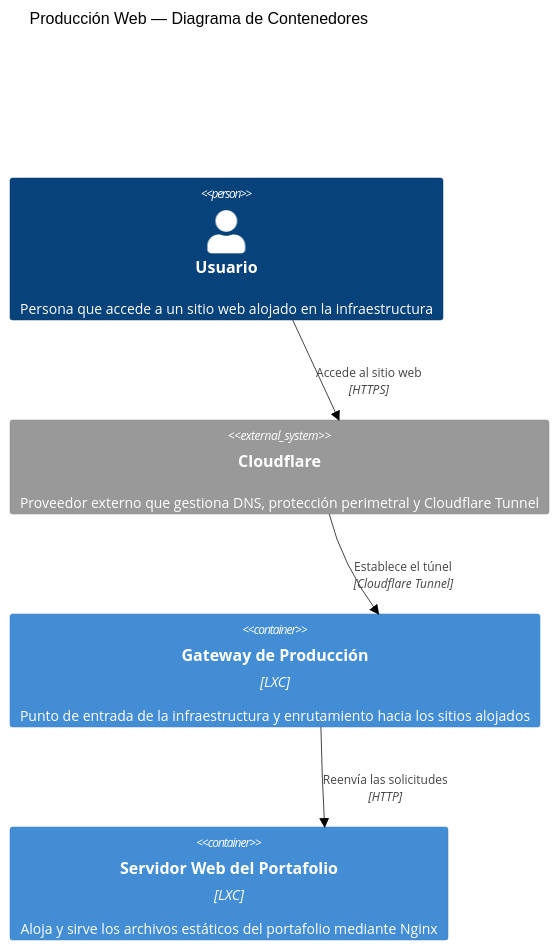
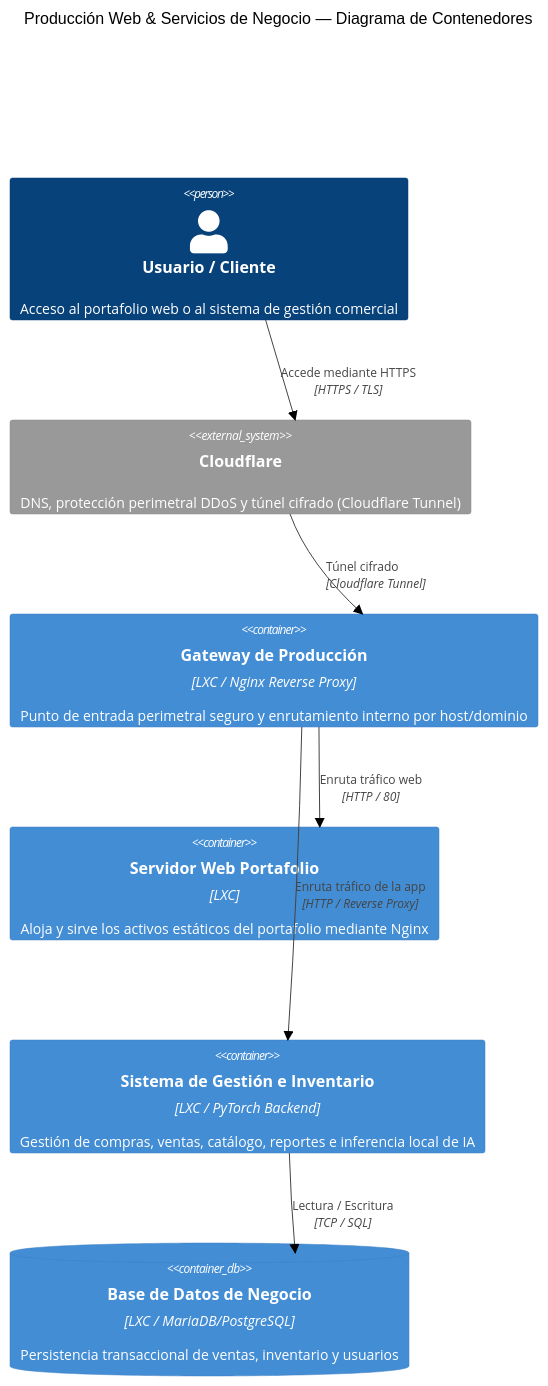
One commit to k3r44/portafolioweb changed the diagram in files/diagrams/produccion_web.mmd. Above: the diagram before and after it, drawn with Mermaid (forest theme). The commit also changed 1 other file, not shown here.

```diff
--- a/files/diagrams/produccion_web.mmd
+++ b/files/diagrams/produccion_web.mmd
@@ -1,16 +1,22 @@
 C4Container
-    title Producción Web — Diagrama de Contenedores
+    title Producción Web & Servicios de Negocio — Diagrama de Contenedores
 
     UpdateLayoutConfig($c4ShapeInRow="1", $c4BoundaryInRow="1")
 
-    Person(usuario, "Usuario", "Persona que accede a un sitio web alojado en la infraestructura")
+    Person(usuario, "Usuario / Cliente", "Acceso al portafolio web o al sistema de gestión comercial")
 
-    System_Ext(cloudflare, "Cloudflare", "Proveedor externo que gestiona DNS, protección perimetral y Cloudflare Tunnel")
+    System_Ext(cloudflare, "Cloudflare", "DNS, protección perimetral DDoS y túnel cifrado (Cloudflare Tunnel)")
 
-    Container(gateway, "Gateway de Producción", "LXC", "Punto de entrada de la infraestructura y enrutamiento hacia los sitios alojados")
+    Container(gateway, "Gateway de Producción", "LXC / Nginx Reverse Proxy", "Punto de entrada perimetral seguro y enrutamiento interno por host/dominio")
 
-    Container(portfolio, "Servidor Web del Portafolio", "LXC", "Aloja y sirve los archivos estáticos del portafolio mediante Nginx")
+    Container(portfolio, "Servidor Web Portafolio", "LXC", "Aloja y sirve los activos estáticos del portafolio mediante Nginx")
 
-    Rel(usuario, cloudflare, "Accede al sitio web", "HTTPS")
-    Rel(cloudflare, gateway, "Establece el túnel", "Cloudflare Tunnel")
-    Rel(gateway, portfolio, "Reenvía las solicitudes", "HTTP")
+    Container(inventario, "Sistema de Gestión e Inventario", "LXC / PyTorch Backend", "Gestión de compras, ventas, catálogo, reportes e inferencia local de IA")
+
+    ContainerDb(database, "Base de Datos de Negocio", "LXC / MariaDB/PostgreSQL", "Persistencia transaccional de ventas, inventario y usuarios")
+
+    Rel(usuario, cloudflare, "Accede mediante HTTPS", "HTTPS / TLS")
+    Rel(cloudflare, gateway, "Túnel cifrado", "Cloudflare Tunnel")
+    Rel(gateway, portfolio, "Enruta tráfico web", "HTTP / 80")
+    Rel(gateway, inventario, "Enruta tráfico de la app", "HTTP / Reverse Proxy")
+    Rel(inventario, database, "Lectura / Escritura", "TCP / SQL")
```
